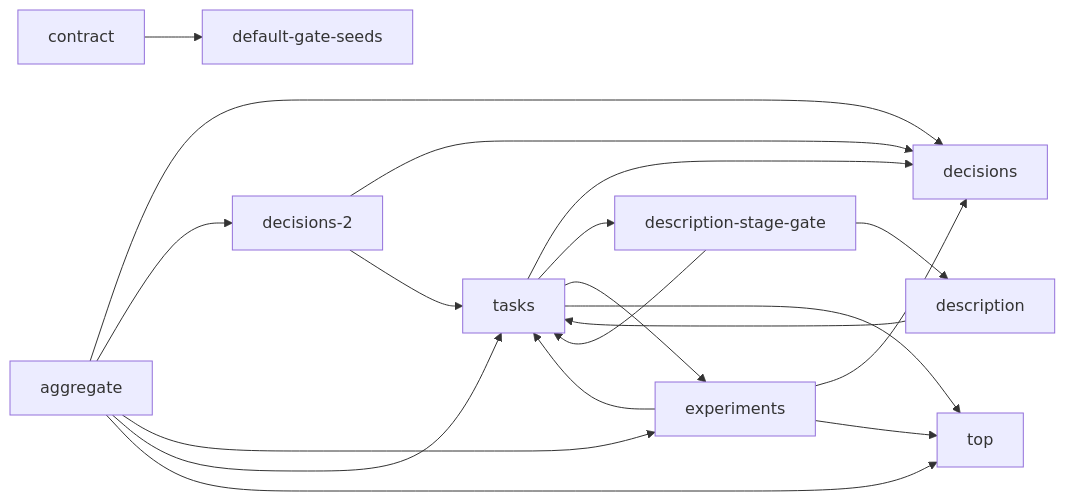
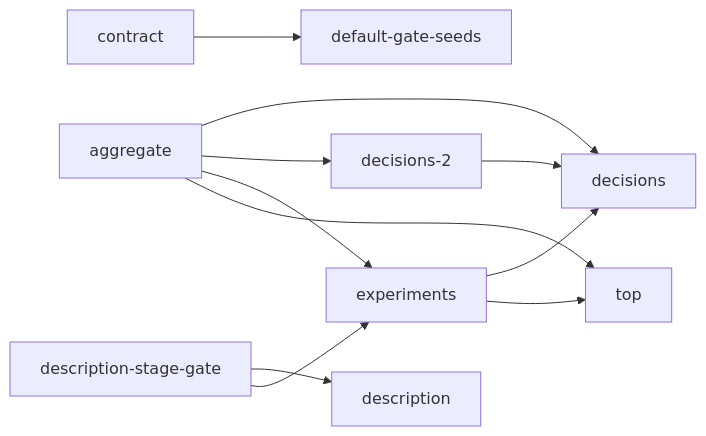
Before and after one commit to Han-Haocheng/project-flow: the fourth of 14 diagrams in docs/project-description.md, drawn with Mermaid. The commit also changed other lines of this file and 5 other files, not shown here.

````diff
--- a/docs/project-description.md
+++ b/docs/project-description.md
@@ -386,21 +395,13 @@
 ```mermaid
 graph LR
-  m7["aggregate"] --> m1["decisions"]
-  m7["aggregate"] --> m6["decisions-2"]
-  m7["aggregate"] --> m4["experiments"]
-  m7["aggregate"] --> m5["tasks"]
-  m7["aggregate"] --> m0["top"]
+  m6["aggregate"] --> m1["decisions"]
+  m6["aggregate"] --> m5["decisions-2"]
+  m6["aggregate"] --> m4["experiments"]
+  m6["aggregate"] --> m0["top"]
   m2["contract"] --> m3["default-gate-seeds"]
-  m6["decisions-2"] --> m1["decisions"]
-  m6["decisions-2"] --> m5["tasks"]
-  m8["description"] --> m5["tasks"]
-  m9["description-stage-gate"] --> m8["description"]
-  m9["description-stage-gate"] --> m5["tasks"]
+  m5["decisions-2"] --> m1["decisions"]
+  m8["description-stage-gate"] --> m7["description"]
+  m8["description-stage-gate"] --> m4["experiments"]
   m4["experiments"] --> m1["decisions"]
-  m4["experiments"] --> m5["tasks"]
   m4["experiments"] --> m0["top"]
-  m5["tasks"] --> m1["decisions"]
-  m5["tasks"] --> m9["description-stage-gate"]
-  m5["tasks"] --> m4["experiments"]
-  m5["tasks"] --> m0["top"]
 ```
````
